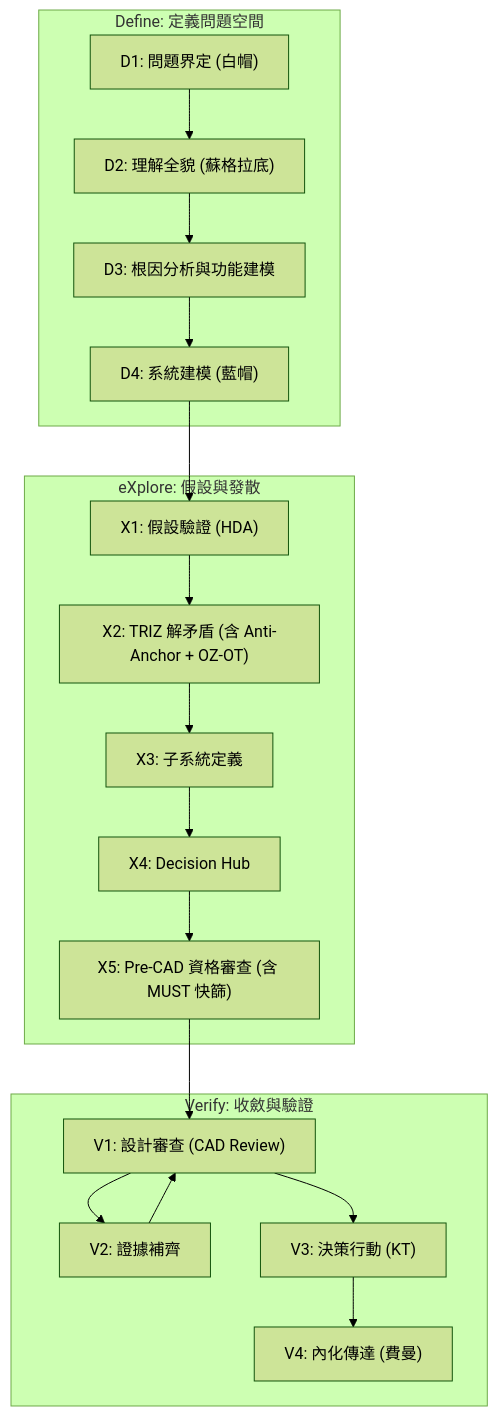
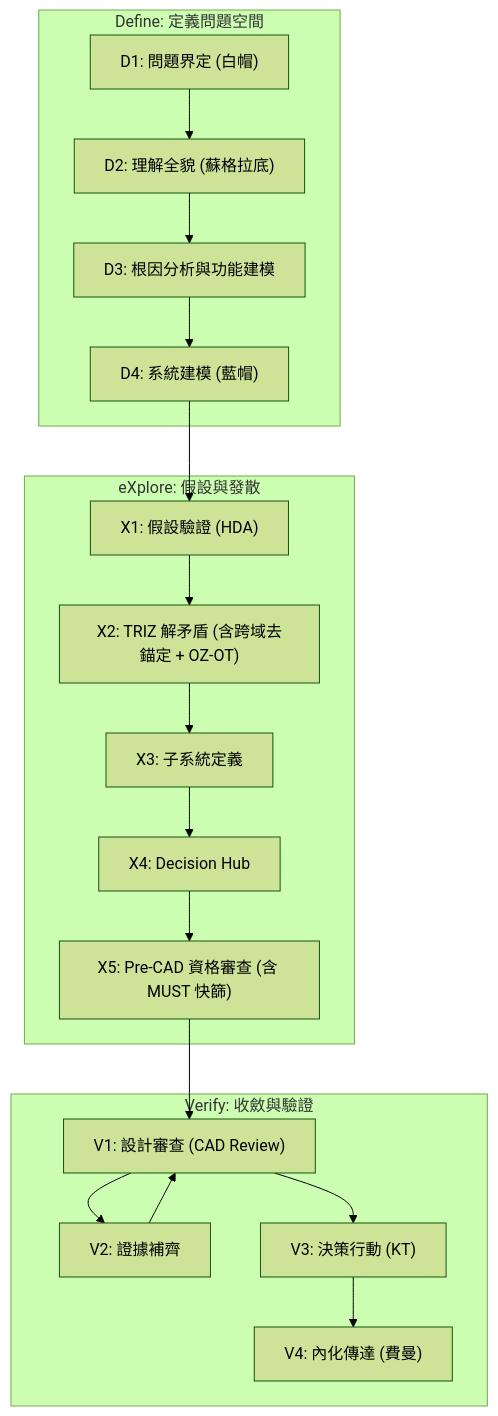
Before and after one commit to Zenobia0000/RD_copilot_system: the diagram in docs/_domain-knowledge/DK-01--design-philosophy-and-process.md, drawn with Mermaid (forest theme). The commit also changed other lines of this file and 80 other files, not shown here.

````diff
--- a/docs/_domain-knowledge/DK-01--design-philosophy-and-process.md
+++ b/docs/_domain-knowledge/DK-01--design-philosophy-and-process.md
@@ -148,26 +148,26 @@
 ```mermaid
 graph TD
     subgraph Define ["Define: 定義問題空間"]
         S1["D1: 問題界定 (白帽)"] --> S2["D2: 理解全貌 (蘇格拉底)"]
         S2 --> S2b["D3: 根因分析與功能建模"]
         S2b --> S3["D4: 系統建模 (藍帽)"]
     end
     subgraph Explore ["eXplore: 假設與發散"]
         S4["X1: 假設驗證 (HDA)"]
-        S5["X2: TRIZ 解矛盾 (含 Anti-Anchor + OZ-OT)"]
+        S5["X2: TRIZ 解矛盾 (含跨域去錨定 + OZ-OT)"]
         S5b["X3: 子系統定義"]
         S5d["X4: Decision Hub"]
         SP["X5: Pre-CAD 資格審查 (含 MUST 快篩)"]
         S4 --> S5 --> S5b --> S5d --> SP
     end
     subgraph Verify ["Verify: 收斂與驗證"]
         S6["V1: 設計審查 (CAD Review)"]
         S6e["V2: 證據補齊"]
         S7["V3: 決策行動 (KT)"]
         S8["V4: 內化傳達 (費曼)"]
         SP --> S6
         S6 --> S6e --> S6
         S6 --> S7 --> S8
     end
     S3 --> S4
 ```
````
